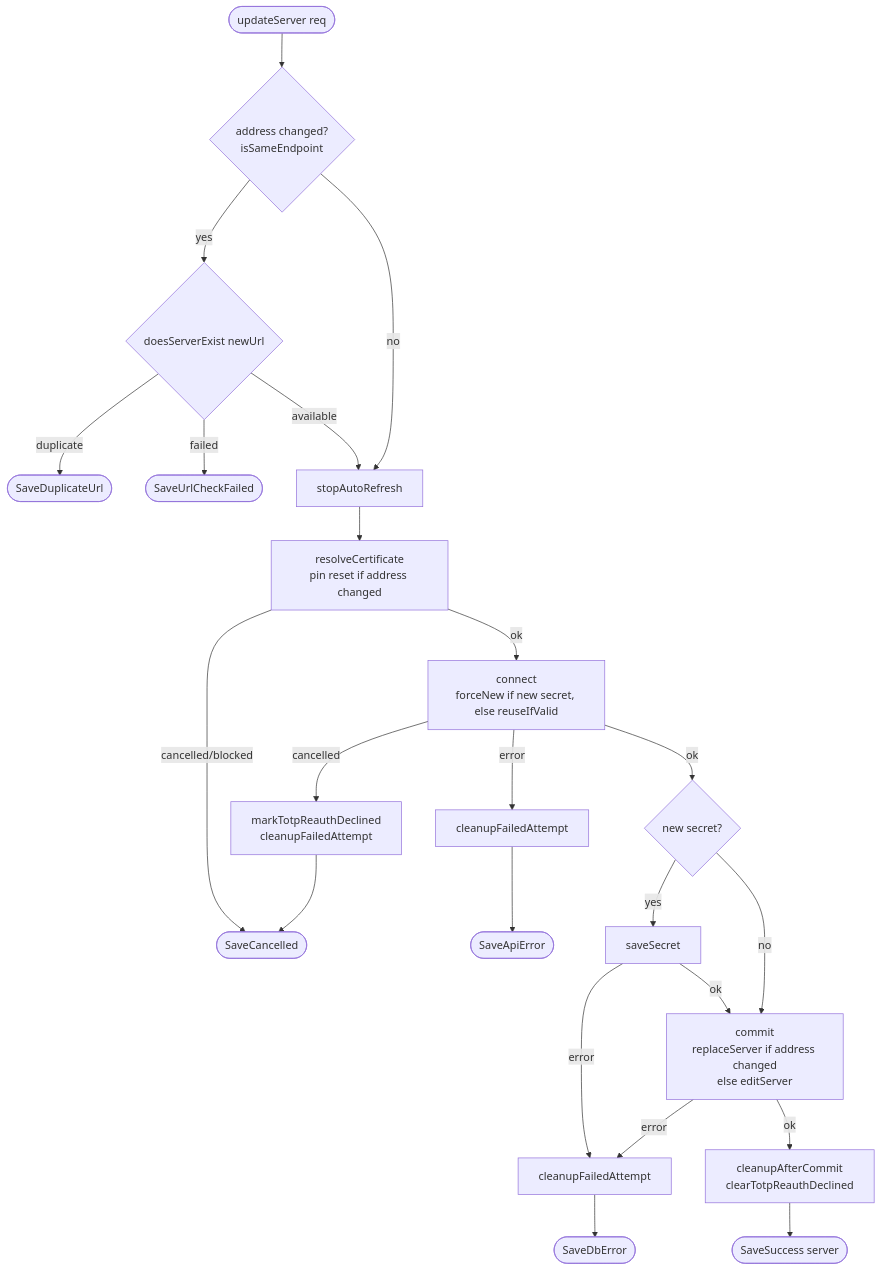
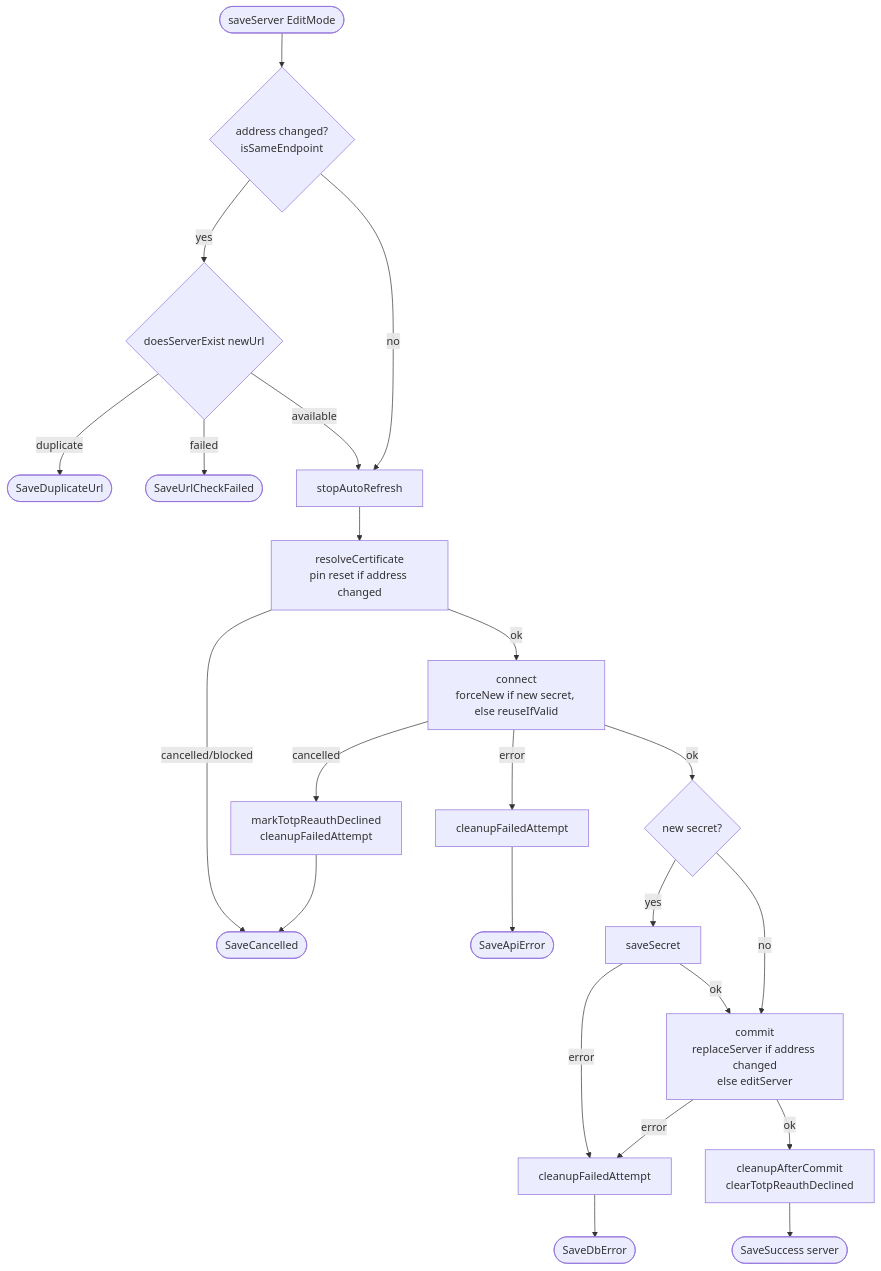
One commit to tsutsu3/pi-hole-client changed the third of 8 diagrams in docs/server-connection-flow.md. Above: the diagram before and after it, drawn with Mermaid. The commit also changed other lines of this file and 3 other files, not shown here.

Commit message:
refactor(servers): merge add and edit into a single save command

````diff
--- a/docs/server-connection-flow.md
+++ b/docs/server-connection-flow.md
@@ -99,22 +99,22 @@
 ```mermaid
 flowchart TD
-  A([updateServer req]) --> B{address changed?<br/>isSameEndpoint}
+  A([saveServer EditMode]) --> B{address changed?<br/>isSameEndpoint}
   B -- yes --> C{doesServerExist newUrl}
   C -- duplicate --> CD([SaveDuplicateUrl])
   C -- failed --> CF([SaveUrlCheckFailed])
   C -- available --> E[stopAutoRefresh]
   B -- no --> E
   E --> F[resolveCertificate<br/>pin reset if address changed]
   F -- cancelled/blocked --> H([SaveCancelled])
   F -- ok --> J[connect<br/>forceNew if new secret, else reuseIfValid]
   J -- cancelled --> JC[markTotpReauthDeclined<br/>cleanupFailedAttempt] --> H
   J -- error --> JE[cleanupFailedAttempt] --> JA([SaveApiError])
   J -- ok --> K{new secret?}
   K -- yes --> S[saveSecret]
   K -- no --> R
   S -- error --> X[cleanupFailedAttempt] --> T([SaveDbError])
   S -- ok --> R[commit<br/>replaceServer if address changed<br/>else editServer]
   R -- error --> X
   R -- ok --> U[cleanupAfterCommit<br/>clearTotpReauthDeclined]
   U --> W([SaveSuccess server])
 ```
````
